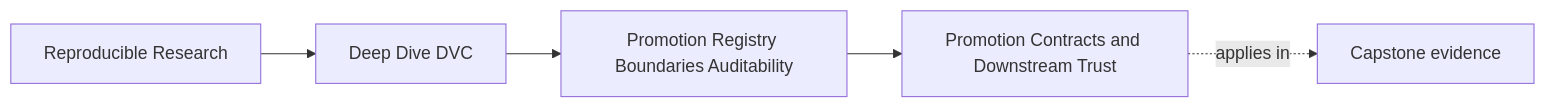
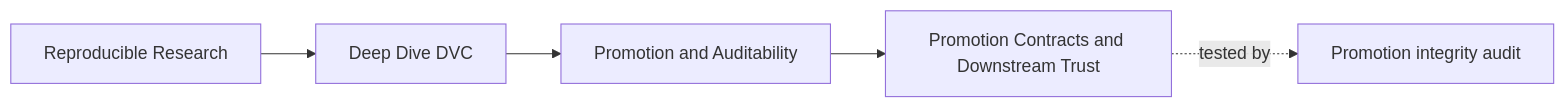
Before and after one commit to bijux/bijux-masterclass: the first of 3 diagrams in programs/reproducible-research/deep-dive-dvc/course-book/module-09-promotion-registry-boundaries-auditability/promotion-contracts-and-downstream-trust.md, drawn with Mermaid. The commit also changed other lines of this file, not shown here.

Commit message:
docs(dvc): bind promotion authority to evidence

````diff
--- a/programs/reproducible-research/deep-dive-dvc/course-book/module-09-promotion-registry-boundaries-auditability/promotion-contracts-and-downstream-trust.md
+++ b/programs/reproducible-research/deep-dive-dvc/course-book/module-09-promotion-registry-boundaries-auditability/promotion-contracts-and-downstream-trust.md
@@ -7,11 +5,11 @@
 ```mermaid
 graph LR
   family["Reproducible Research"]
   program["Deep Dive DVC"]
-  section["Promotion Registry Boundaries Auditability"]
+  section["Promotion and Auditability"]
   page["Promotion Contracts and Downstream Trust"]
-  capstone["Capstone evidence"]
+  evidence["Promotion integrity audit"]
 
   family --> program --> section --> page
-  page -.applies in.-> capstone
+  page -.tested by.-> evidence
 ```
````
